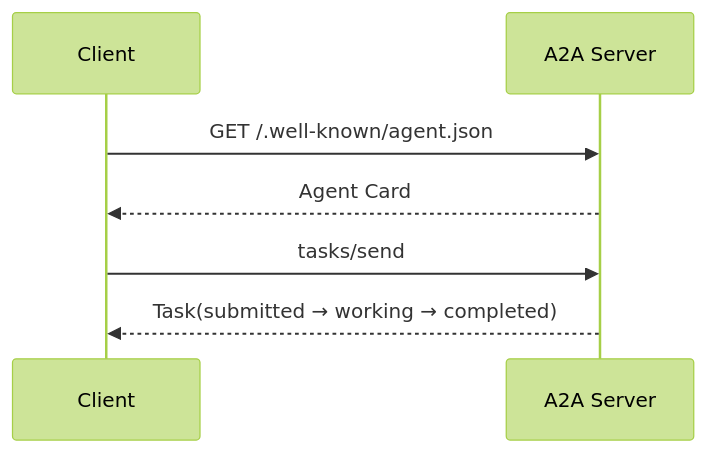
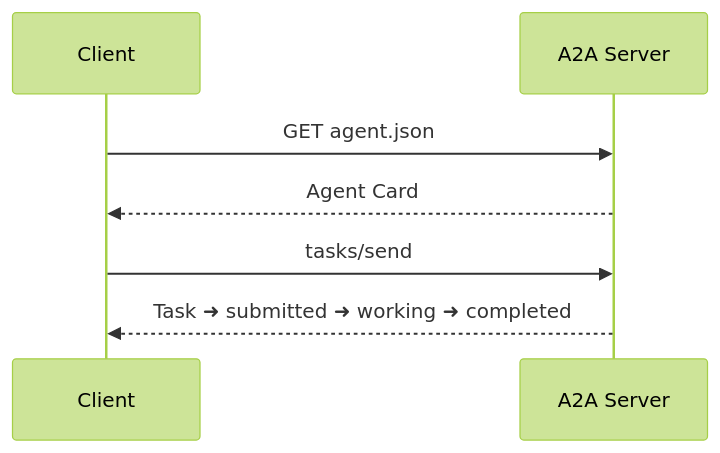
Before and after one commit to felipepimentel/my-public-notes: the fourth of 6 diagrams in AI/Communication/A2A/a2a - presentation.md, drawn with Mermaid (forest theme). The commit also changed other lines of this file, not shown here.

````diff
--- a/AI/Communication/A2A/a2a - presentation.md
+++ b/AI/Communication/A2A/a2a - presentation.md
@@ -136,9 +135,9 @@
 ```mermaid
 sequenceDiagram
     participant C as Client
-    participant S as A2A Server
-    C->>S: GET /.well-known/agent.json
-    S-->>C: Agent Card
+    participant S as A2A Server
+    C->>S: GET agent.json
+    S-->>C: Agent Card
     C->>S: tasks/send
-    S-->>C: Task(submitted → working → completed)
+    S-->>C: Task ➜ submitted ➜ working ➜ completed
 ```
````
